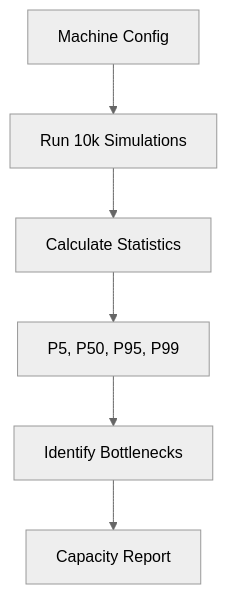
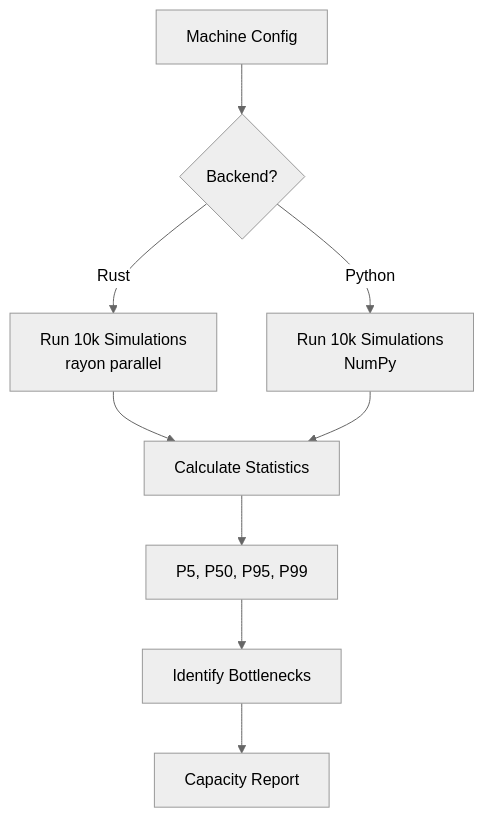
One commit to AngelP17/YieldOps changed the sixth of 13 diagrams in Architecture.md. Above: the diagram before and after it, drawn with Mermaid (neutral theme). The commit also changed other lines of this file and 19 other files, not shown here.

````diff
--- a/Architecture.md
+++ b/Architecture.md
@@ -505,8 +514,11 @@
 ```mermaid
 flowchart TD
-    A[Machine Config] --> B[Run 10k Simulations]
-    B --> C[Calculate Statistics]
-    C --> D[P5, P50, P95, P99]
-    D --> E[Identify Bottlenecks]
-    E --> F[Capacity Report]
+    A[Machine Config] --> B{Backend?}
+    B -->|Rust| C[Run 10k Simulations<br/>rayon parallel]
+    B -->|Python| D[Run 10k Simulations<br/>NumPy]
+    C --> E[Calculate Statistics]
+    D --> E
+    E --> F[P5, P50, P95, P99]
+    F --> G[Identify Bottlenecks]
+    G --> H[Capacity Report]
 ```
````
